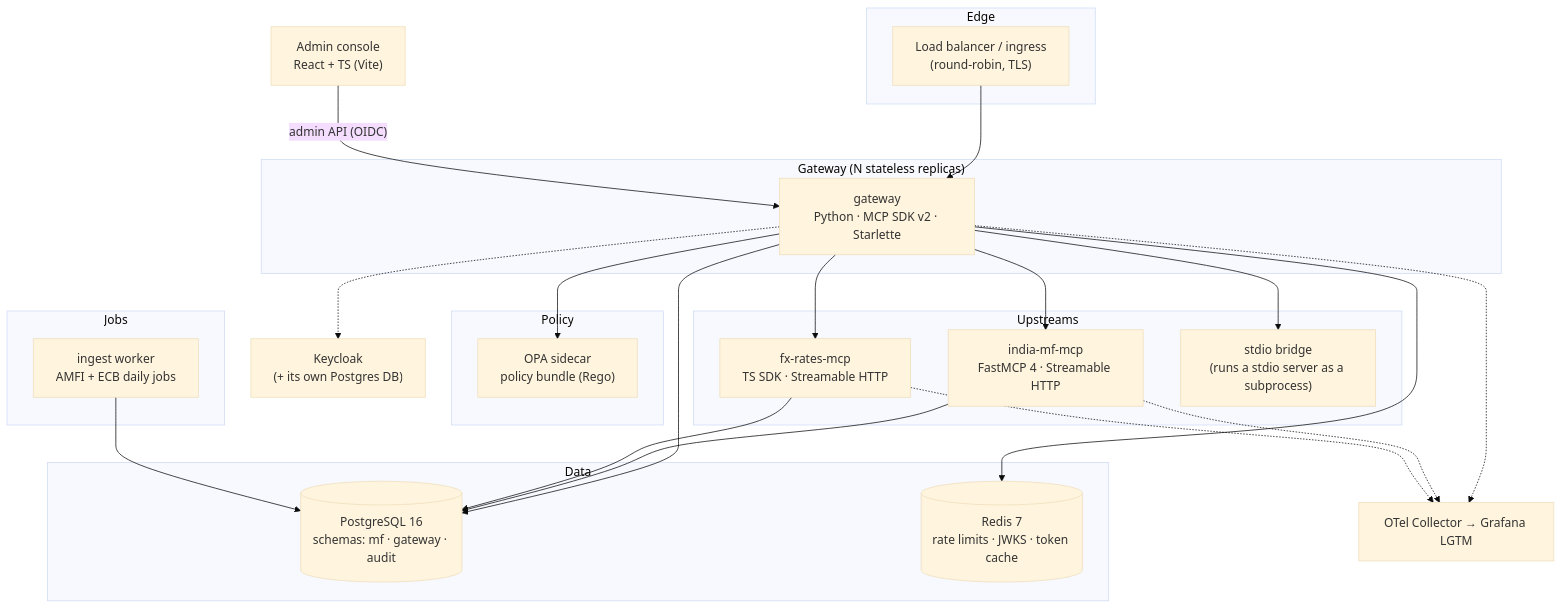
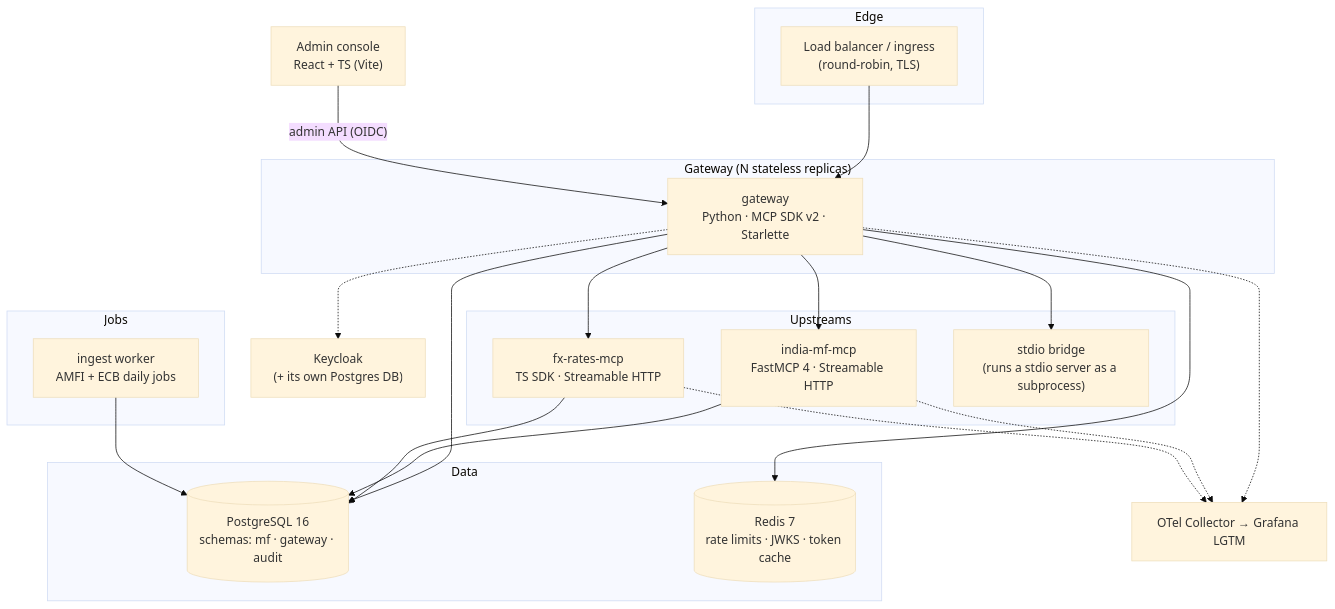
Before and after one commit to pRiMeXoMeGa/AI-Learning-Projects: the second of 10 diagrams in projects/02-mcp-hub/docs/02-architecture.md, drawn with Mermaid (base theme). The commit also changed other lines of this file and 31 other files, not shown here.

````diff
--- a/projects/02-mcp-hub/docs/02-architecture.md
+++ b/projects/02-mcp-hub/docs/02-architecture.md
@@ -57,38 +57,34 @@
 ```mermaid
 flowchart TB
     subgraph Edge
         LB["Load balancer / ingress<br/>(round-robin, TLS)"]
     end
     subgraph GWC["Gateway (N stateless replicas)"]
         GWA["gateway<br/>Python · MCP SDK v2 · Starlette"]
-    end
-    subgraph Policy
-        OPA["OPA sidecar<br/>policy bundle (Rego)"]
     end
     subgraph Upstreams
         MFS["india-mf-mcp<br/>FastMCP 4 · Streamable HTTP"]
         FXS["fx-rates-mcp<br/>TS SDK · Streamable HTTP"]
         BR["stdio bridge<br/>(runs a stdio server as a subprocess)"]
     end
     subgraph Jobs
         ING["ingest worker<br/>AMFI + ECB daily jobs"]
     end
     subgraph Data
         PG[("PostgreSQL 16<br/>schemas: mf · gateway · audit")]
         RD[("Redis 7<br/>rate limits · JWKS · token cache")]
     end
     KC["Keycloak<br/>(+ its own Postgres DB)"]
     CON["Admin console<br/>React + TS (Vite)"]
     OT["OTel Collector → Grafana LGTM"]
 
     LB --> GWA
-    GWA --> OPA
     GWA --> MFS & FXS & BR
     GWA --> PG & RD
     GWA -.-> KC
     MFS --> PG
     FXS --> PG
     ING --> PG
     CON -->|"admin API (OIDC)"| GWA
     GWA & MFS & FXS -.-> OT
 ```
````
